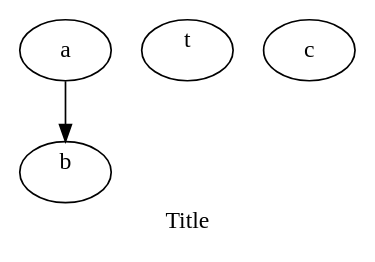
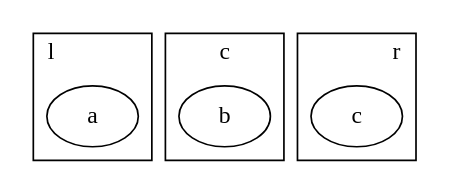
Before and after one commit to sisyphus1212/note: diagram 12 of 12 in other/graphviz/tips.md, drawn with Graphviz.

Commit message:
auto_update

````diff
--- a/other/graphviz/tips.md
+++ b/other/graphviz/tips.md
@@ -237,10 +237,19 @@
 ```graphviz
 digraph {
-  labelloc="c"
-  label="Title"
-  a -> b
-  t [labelloc=t]
-  c [labelloc=c]
-  b [labelloc=t]
+  subgraph cluster_l {
+    label="l"
+    labeljust=l
+    a
+  }
+  subgraph cluster_c {
+    label="c"
+    labeljust=c
+    b
+  }
+  subgraph cluster_r {
+    label="r"
+    labeljust=r
+    c
+  }
 }
 ```
````
